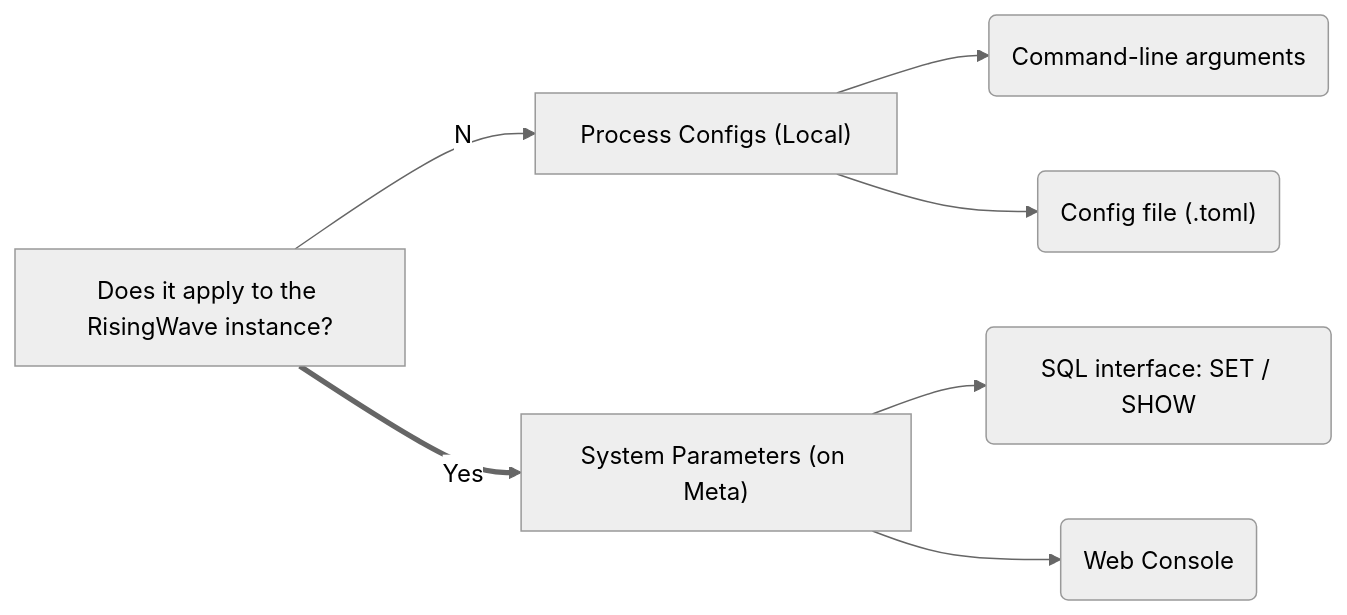
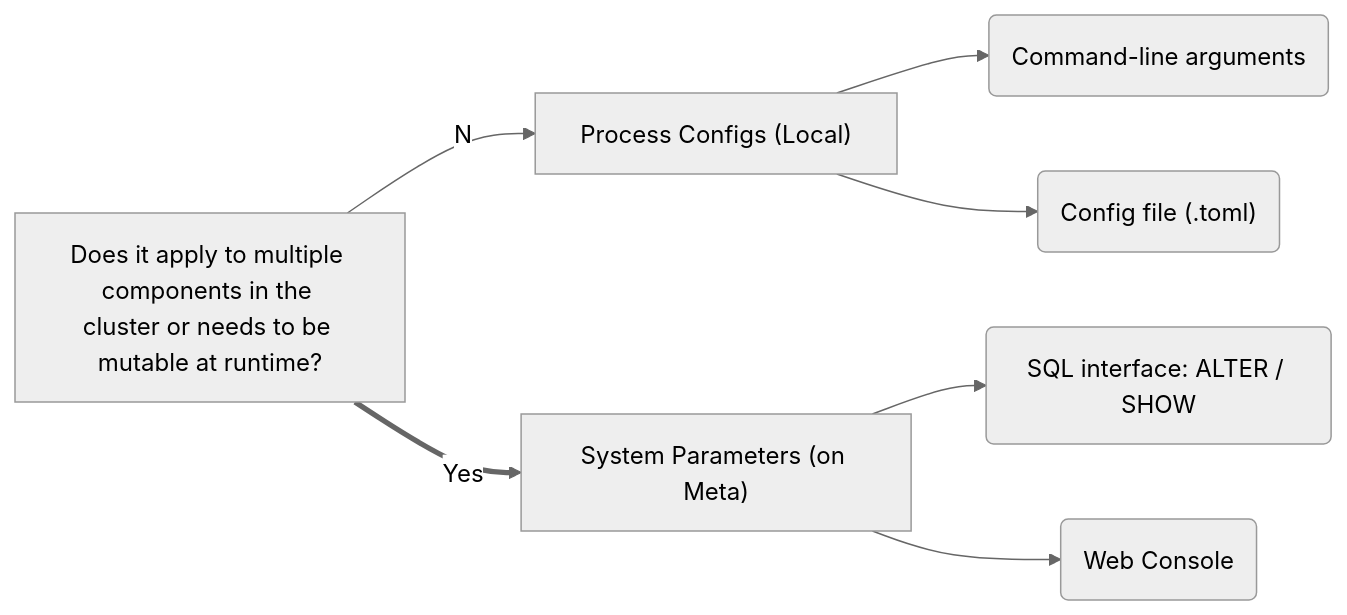
The diagram in rfcs/0034-system-parameters.md (risingwavelabs/rfcs), drawn with Mermaid (neutral theme) before and after one commit. The commit also changed other lines of this file, not shown here.

````diff
--- a/rfcs/0034-system-parameters.md
+++ b/rfcs/0034-system-parameters.md
@@ -31,10 +31,10 @@
 ```mermaid
 graph LR
-    all[Does it apply to the RisingWave instance?]
+    all[Does it apply to multiple components in the cluster or needs to be mutable at runtime?]
     all ==No==> process["Process Configs (Local)"]
     all ==Yes==> system["System Parameters (on Meta)"]
     process --> cli_args(Command-line arguments)
     process --> conf_file("Config file (.toml)")
-    system --> sql_cmd(SQL interface: SET / SHOW)
+    system --> sql_cmd(SQL interface: ALTER / SHOW)
     system --> cloud(Web Console)
 ```
````
